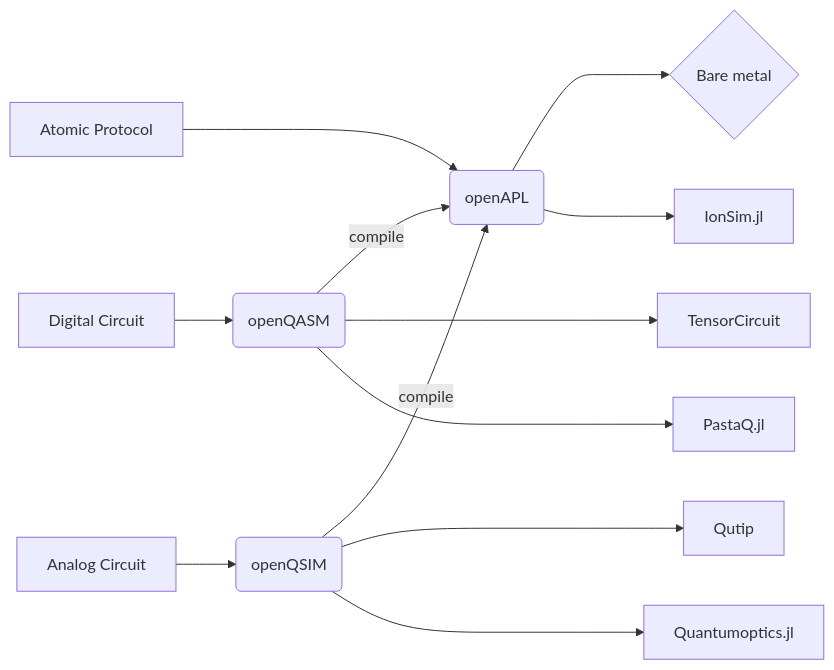
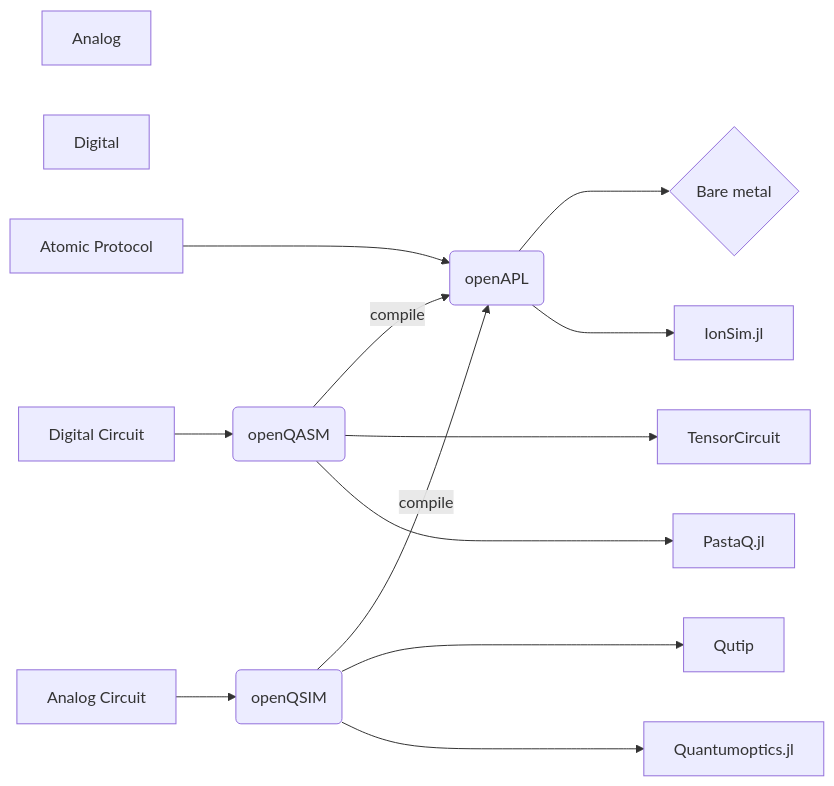
One commit to OpenQuantumDesign/equilux changed the diagram in README.md. Above: the diagram before and after it, drawn with Mermaid. The commit also changed other lines of this file and 5 other files, not shown here.

````diff
--- a/README.md
+++ b/README.md
@@ -81,19 +116,22 @@
 ```mermaid
 flowchart LR
+    AnalogInterface[Analog]
+    DigitalInterface[Digital]
+    
     Digital[Digital Circuit] --> openQASM(openQASM)
 
     Analog[Analog Circuit] --> openQSIM(openQSIM)
     Atomic[Atomic Protocol] ---> openAPL(openAPL)
 
     openQSIM --> |compile| openAPL
     openQASM --> |compile| openAPL
 
     openQSIM ----> Qutip
     openQSIM ----> Quantumoptics.jl
 
     openQASM ----> TensorCircuit
     openQASM ----> PastaQ.jl
 
     openAPL ---> Hardware{Bare metal}
     openAPL ---> IonSim.jl
 ```
````
